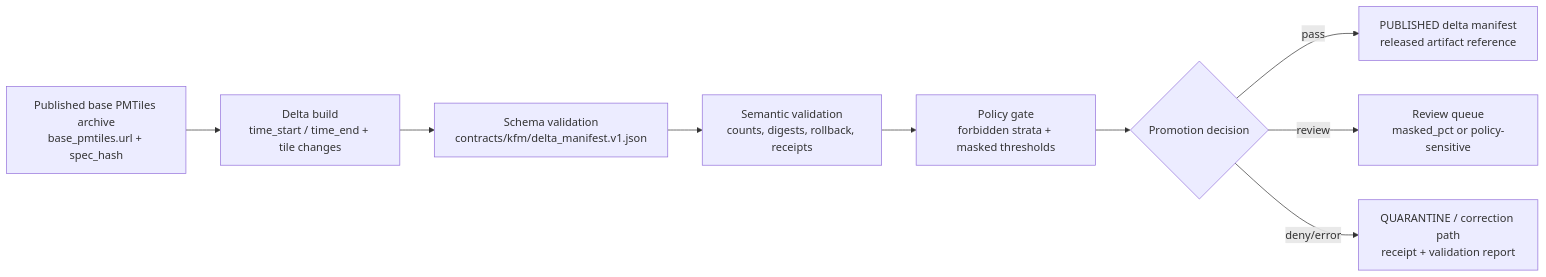
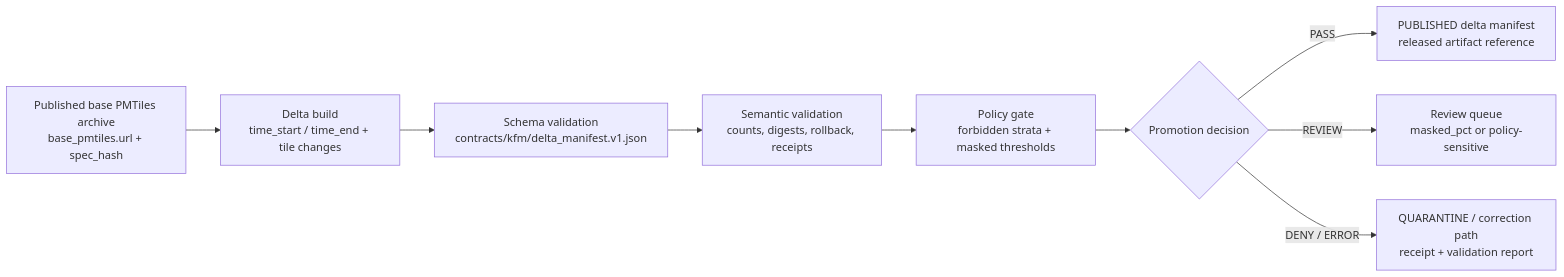
One commit to bartytime4life/Kansas-Frontier-Matrix changed the first of 2 diagrams in docs/architecture/tiles/PMTILES_DELTA_MANIFEST.md. Above: the diagram before and after it, drawn with Mermaid. The commit also changed other lines of this file, not shown here.

````diff
--- a/docs/architecture/tiles/PMTILES_DELTA_MANIFEST.md
+++ b/docs/architecture/tiles/PMTILES_DELTA_MANIFEST.md
@@ -80,11 +159,11 @@
 ```mermaid
 flowchart LR
   A["Published base PMTiles archive<br/>base_pmtiles.url + spec_hash"] --> B["Delta build<br/>time_start / time_end + tile changes"]
   B --> C["Schema validation<br/>contracts/kfm/delta_manifest.v1.json"]
   C --> D["Semantic validation<br/>counts, digests, rollback, receipts"]
   D --> E["Policy gate<br/>forbidden strata + masked thresholds"]
   E --> F{"Promotion decision"}
-  F -- pass --> G["PUBLISHED delta manifest<br/>released artifact reference"]
-  F -- review --> H["Review queue<br/>masked_pct or policy-sensitive"]
-  F -- deny/error --> I["QUARANTINE / correction path<br/>receipt + validation report"]
+  F -- PASS --> G["PUBLISHED delta manifest<br/>released artifact reference"]
+  F -- REVIEW --> H["Review queue<br/>masked_pct or policy-sensitive"]
+  F -- DENY / ERROR --> I["QUARANTINE / correction path<br/>receipt + validation report"]
 ```
````
